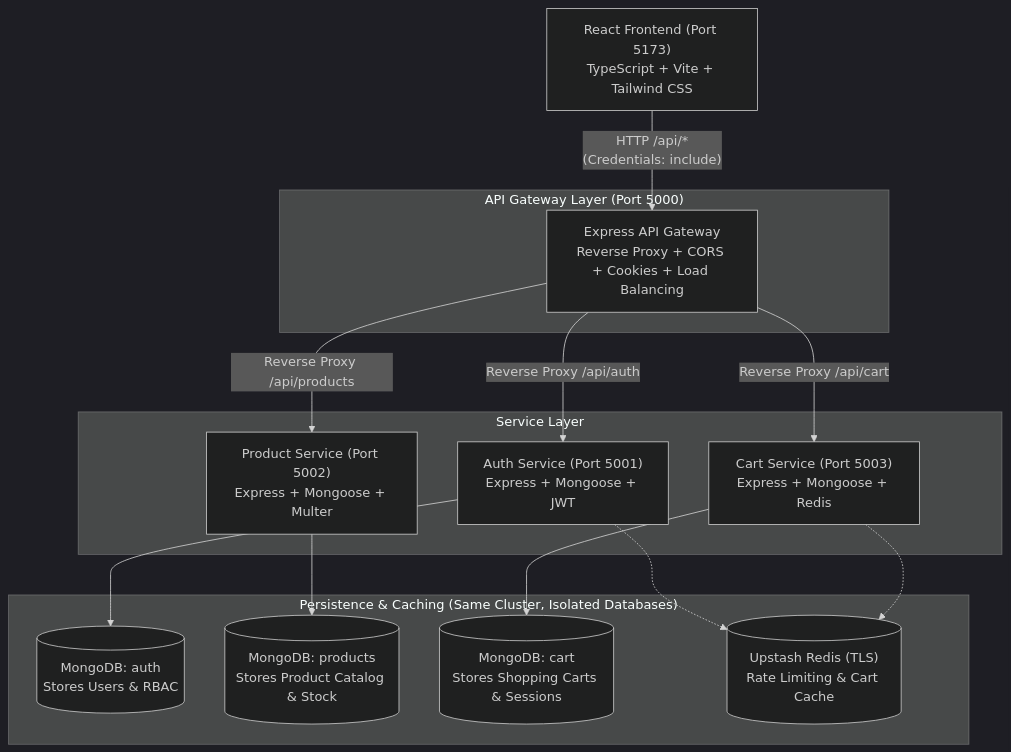
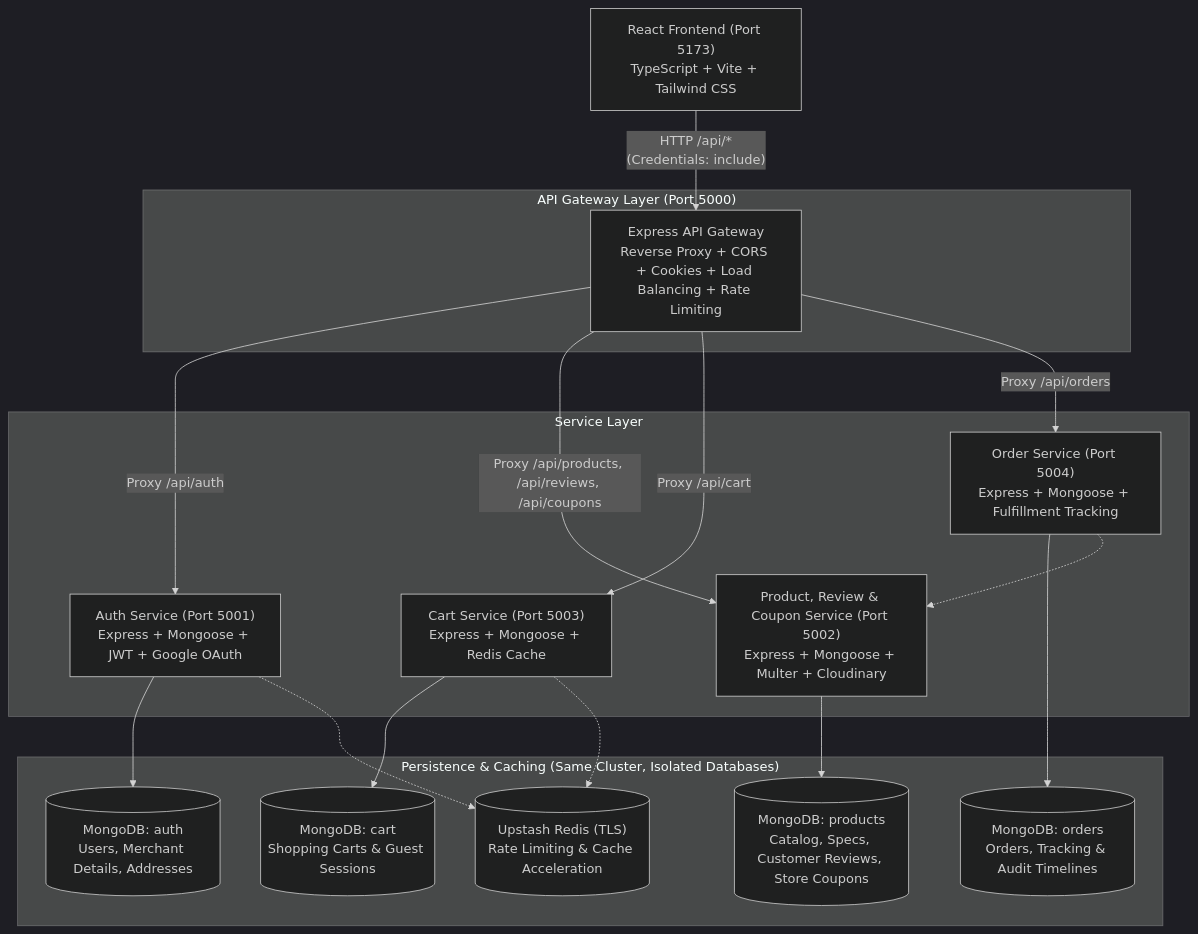
One commit to Next-Gen-Coder-2007/E-Commerce changed the diagram in README.md. Above: the diagram before and after it, drawn with Mermaid (dark theme). The commit also changed other lines of this file, not shown here.

Commit message:
docs: update architecture diagrams, database schemas, and microservice API specifications

````diff
--- a/README.md
+++ b/README.md
@@ -20,31 +24,37 @@
 ```mermaid
 flowchart TD
     Client["React Frontend (Port 5173)\nTypeScript + Vite + Tailwind CSS"]
     
     subgraph GatewayLayer["API Gateway Layer (Port 5000)"]
-        Gateway["Express API Gateway\nReverse Proxy + CORS + Cookies + Load Balancing"]
+        Gateway["Express API Gateway\nReverse Proxy + CORS + Cookies + Load Balancing + Rate Limiting"]
     end
 
     subgraph ServiceLayer["Service Layer"]
-        AuthService["Auth Service (Port 5001)\nExpress + Mongoose + JWT"]
-        ProductService["Product Service (Port 5002)\nExpress + Mongoose + Multer"]
-        CartService["Cart Service (Port 5003)\nExpress + Mongoose + Redis"]
+        AuthService["Auth Service (Port 5001)\nExpress + Mongoose + JWT + Google OAuth"]
+        ProductService["Product, Review & Coupon Service (Port 5002)\nExpress + Mongoose + Multer + Cloudinary"]
+        CartService["Cart Service (Port 5003)\nExpress + Mongoose + Redis Cache"]
+        OrderService["Order Service (Port 5004)\nExpress + Mongoose + Fulfillment Tracking"]
     end
 
     subgraph DataLayer["Persistence & Caching (Same Cluster, Isolated Databases)"]
-        AuthDB[("MongoDB: auth\nStores Users & RBAC")]
-        ProductDB[("MongoDB: products\nStores Product Catalog & Stock")]
-        CartDB[("MongoDB: cart\nStores Shopping Carts & Sessions")]
-        Redis[("Upstash Redis (TLS)\nRate Limiting & Cart Cache")]
+        AuthDB[("MongoDB: auth\nUsers, Merchant Details, Addresses")]
+        ProductDB[("MongoDB: products\nCatalog, Specs, Customer Reviews, Store Coupons")]
+        CartDB[("MongoDB: cart\nShopping Carts & Guest Sessions")]
+        OrderDB[("MongoDB: orders\nOrders, Tracking & Audit Timelines")]
+        Redis[("Upstash Redis (TLS)\nRate Limiting & Cache Acceleration")]
     end
 
     Client -- "HTTP /api/*\n(Credentials: include)" --> Gateway
-    Gateway -- "Reverse Proxy /api/auth" --> AuthService
-    Gateway -- "Reverse Proxy /api/products" --> ProductService
-    Gateway -- "Reverse Proxy /api/cart" --> CartService
+    Gateway -- "Proxy /api/auth" --> AuthService
+    Gateway -- "Proxy /api/products, /api/reviews, /api/coupons" --> ProductService
+    Gateway -- "Proxy /api/cart" --> CartService
+    Gateway -- "Proxy /api/orders" --> OrderService
+    
     AuthService --> AuthDB
     AuthService -.-> Redis
     ProductService --> ProductDB
     CartService --> CartDB
     CartService -.-> Redis
+    OrderService --> OrderDB
+    OrderService -.-> ProductService
 ```
````
